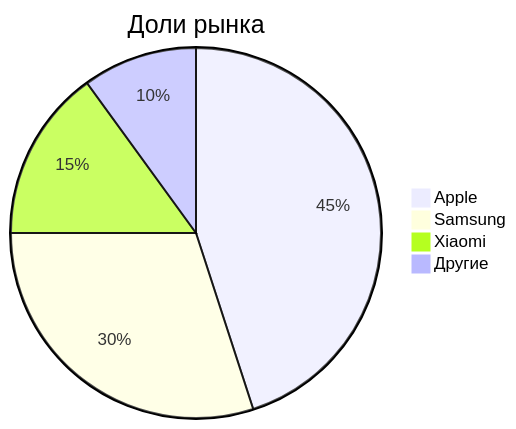
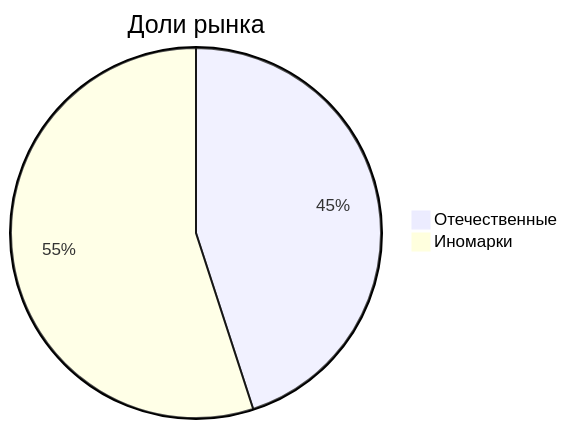
Before and after one commit to Insertted/Mermaid_training: the ninth of 9 diagrams in README.md, drawn with Mermaid.

````diff
--- a/README.md
+++ b/README.md
@@ -225,7 +225,5 @@
 ```mermaid
 pie title Доли рынка
-    "Apple" : 45
-    "Samsung" : 30
-    "Xiaomi" : 15
-    "Другие" : 10
+    "Отечественные" : 45
+    "Иномарки" : 55
 ```
````
